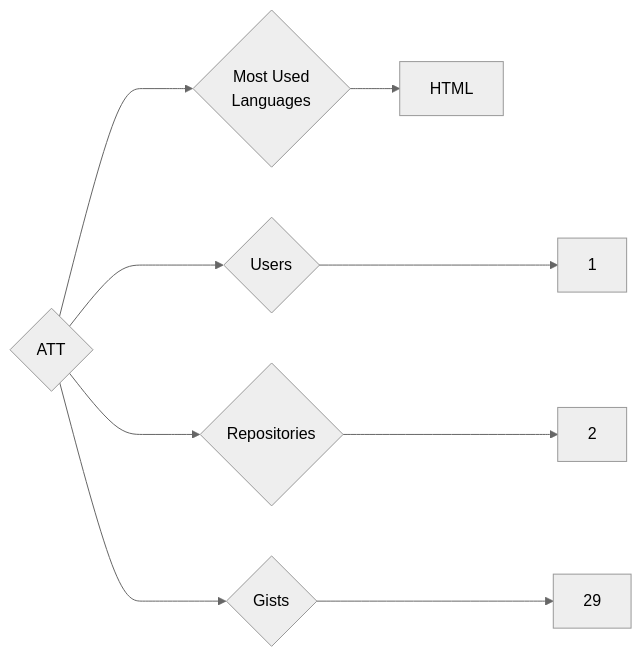
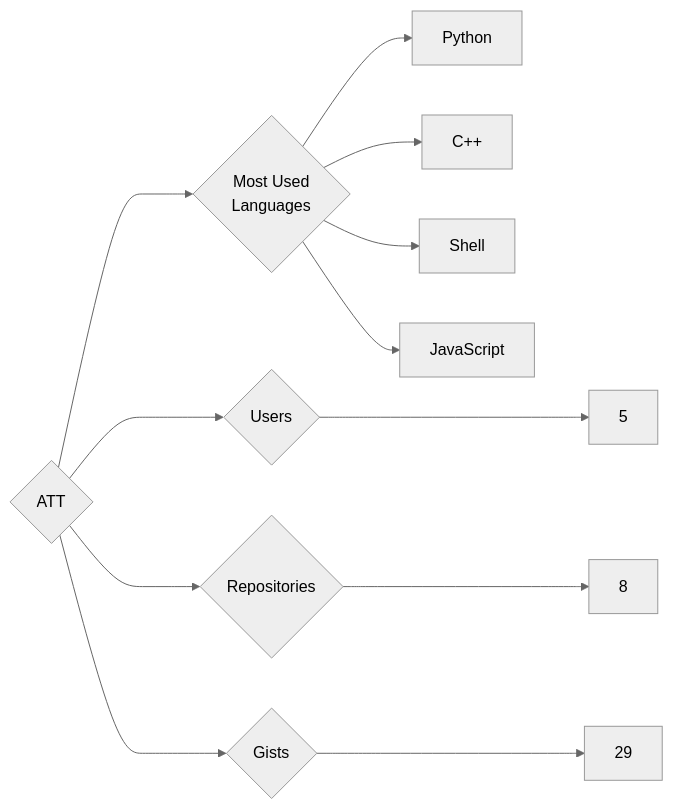
Before and after one commit to trickest/insiders: the diagram in targets/ATT/README.md, drawn with Mermaid (neutral theme). The commit also changed 1175 other files, not shown here.

````diff
--- a/targets/ATT/README.md
+++ b/targets/ATT/README.md
@@ -3,9 +3,12 @@
 ```mermaid
 graph LR
 COMPANY_NAME{ATT}
-COMPANY_NAME ---> U{Users} ---> UN[1]
-COMPANY_NAME ---> R{Repositories} ---> RN[2]
+COMPANY_NAME ---> U{Users} ---> UN[5]
+COMPANY_NAME ---> R{Repositories} ---> RN[8]
 COMPANY_NAME ---> G{Gists} ---> GN[29]
 COMPANY_NAME ---> ML{Most Used<br>Languages}
-ML --> HTML[HTML]
+ML --> Python[Python]
+ML --> C++[C++]
+ML --> Shell[Shell]
+ML --> JavaScript[JavaScript]
 ```
````
